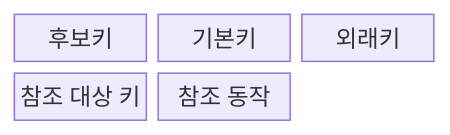
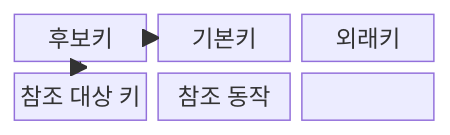
Before and after one commit to agnusdei1207/knowledge-base: the first of 2 diagrams in src/content/docs/notes/03-software/092_entity_referential_integrity.md, drawn with Mermaid. The commit also changed other lines of this file and 20 other files, not shown here.

````diff
--- a/src/content/docs/notes/03-software/092_entity_referential_integrity.md
+++ b/src/content/docs/notes/03-software/092_entity_referential_integrity.md
@@ -53,9 +59,12 @@
 ```mermaid
-block-beta
+block
   columns 3
   C["후보키"]
   P["기본키"]
   F["외래키"]
   T["참조 대상 키"]
   A["참조 동작"]
+  C --> P
+  C --> T
+  F --> T --> A
 ```
````
